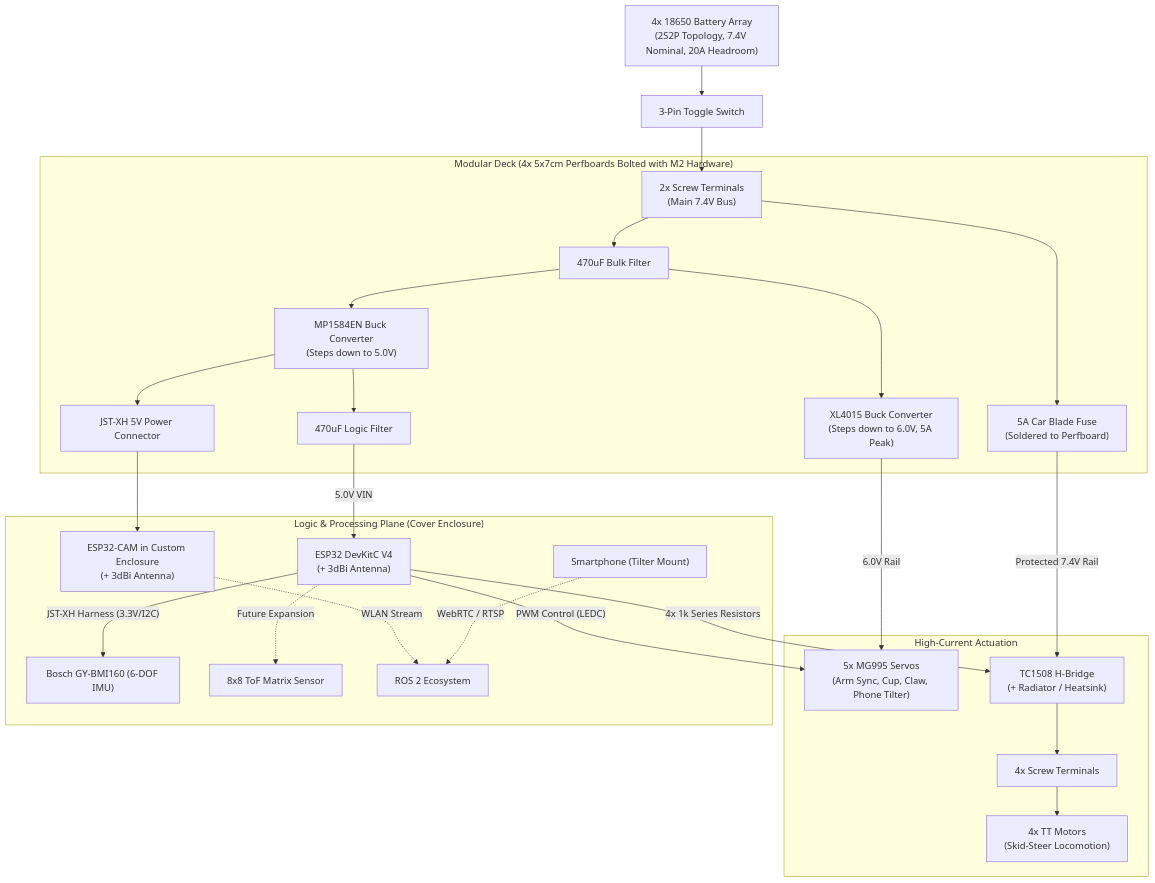
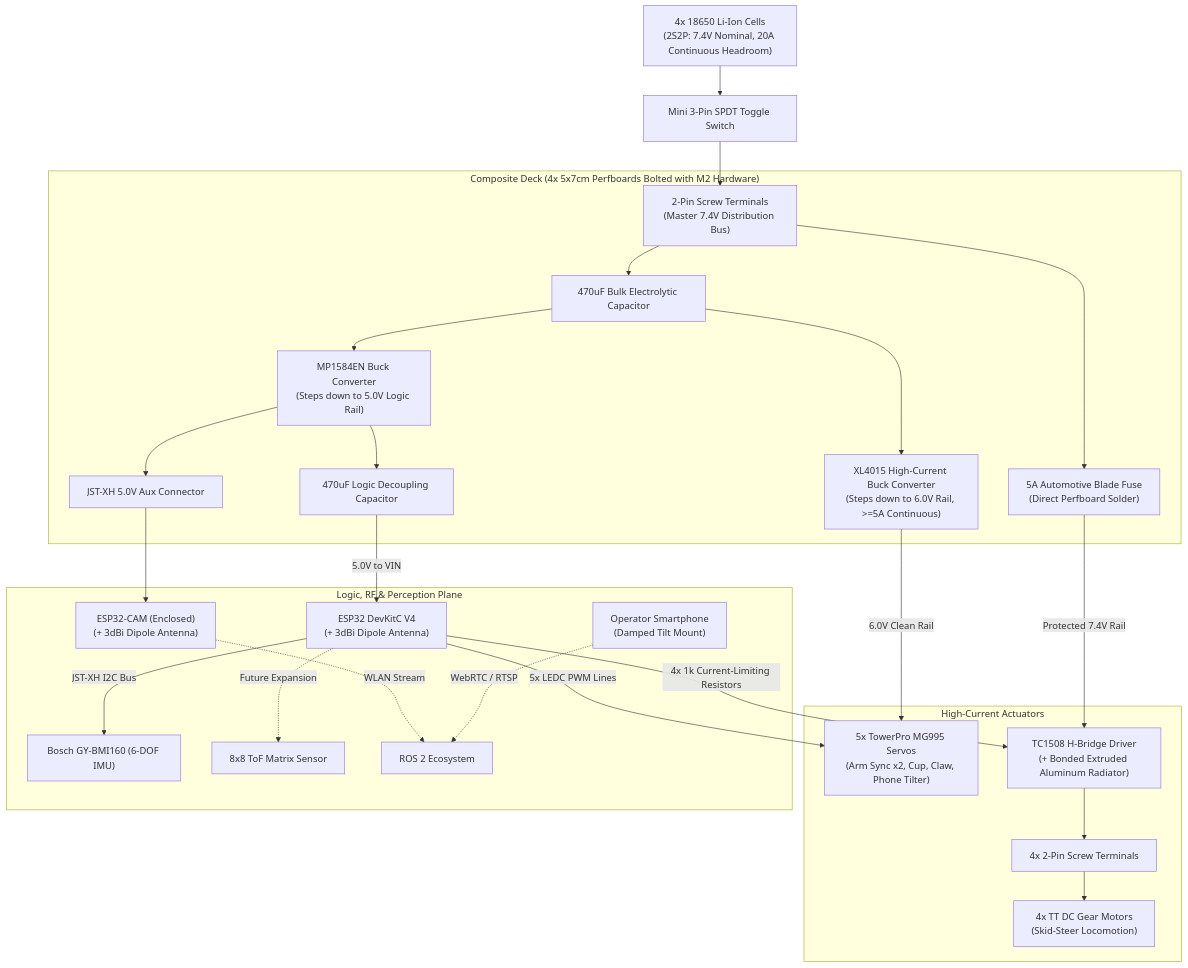
Before and after one commit to Mihaii2/claw_bulldozer_ws: the diagram in README.md, drawn with Mermaid. The commit also changed other lines of this file and 12 other files, not shown here.

````diff
--- a/README.md
+++ b/README.md
@@ -179,32 +314,32 @@
 ```mermaid
 graph TD
-    Batt["4x 18650 Battery Array<br/>(2S2P Topology, 7.4V Nominal, 20A Headroom)"] --> Switch["3-Pin Toggle Switch"]
-    Switch --> ScrewBatt["2x Screw Terminals<br/>(Main 7.4V Bus)"]
+    Batt["4x 18650 Li-Ion Cells<br/>(2S2P: 7.4V Nominal, 20A Continuous Headroom)"] --> Switch["Mini 3-Pin SPDT Toggle Switch"]
+    Switch --> ScrewBatt["2-Pin Screw Terminals<br/>(Master 7.4V Distribution Bus)"]
     
-    subgraph PowerDistribution["Modular Deck (4x 5x7cm Perfboards Bolted with M2 Hardware)"]
-        ScrewBatt --> Cap1["470uF Bulk Filter"]
-        Cap1 --> XL4015["XL4015 Buck Converter<br/>(Steps down to 6.0V, 5A Peak)"]
-        Cap1 --> MP1584["MP1584EN Buck Converter<br/>(Steps down to 5.0V)"]
-        ScrewBatt --> Fuse["5A Car Blade Fuse<br/>(Soldered to Perfboard)"]
-        MP1584 --> Cap2["470uF Logic Filter"]
-        MP1584 --> JST_Cam["JST-XH 5V Power Connector"]
+    subgraph MotherboardSubstrate["Composite Deck (4x 5x7cm Perfboards Bolted with M2 Hardware)"]
+        ScrewBatt --> Cap1["470uF Bulk Electrolytic Capacitor"]
+        Cap1 --> XL4015["XL4015 High-Current Buck Converter<br/>(Steps down to 6.0V Rail, >=5A Continuous)"]
+        Cap1 --> MP1584["MP1584EN Buck Converter<br/>(Steps down to 5.0V Logic Rail)"]
+        ScrewBatt --> Fuse["5A Automotive Blade Fuse<br/>(Direct Perfboard Solder)"]
+        MP1584 --> Cap2["470uF Logic Decoupling Capacitor"]
+        MP1584 --> JST_Cam["JST-XH 5.0V Aux Connector"]
     end
 
-    subgraph Actuators["High-Current Actuation"]
-        XL4015 -->|"6.0V Rail"| Servos["5x MG995 Servos<br/>(Arm Sync, Cup, Claw, Phone Tilter)"]
-        Fuse -->|"Protected 7.4V Rail"| TC1508["TC1508 H-Bridge<br/>(+ Radiator / Heatsink)"]
-        TC1508 --> ScrewMotors["4x Screw Terminals"]
-        ScrewMotors --> TT_Motors["4x TT Motors<br/>(Skid-Steer Locomotion)"]
+    subgraph HighCurrentActuation["High-Current Actuators"]
+        XL4015 -->|"6.0V Clean Rail"| Servos["5x TowerPro MG995 Servos<br/>(Arm Sync x2, Cup, Claw, Phone Tilter)"]
+        Fuse -->|"Protected 7.4V Rail"| TC1508["TC1508 H-Bridge Driver<br/>(+ Bonded Extruded Aluminum Radiator)"]
+        TC1508 --> ScrewMotors["4x 2-Pin Screw Terminals"]
+        ScrewMotors --> TT_Motors["4x TT DC Gear Motors<br/>(Skid-Steer Locomotion)"]
     end
 
-    subgraph LogicAndSensors["Logic & Processing Plane (Cover Enclosure)"]
-        Cap2 -->|"5.0V VIN"| ESP32["ESP32 DevKitC V4<br/>(+ 3dBi Antenna)"]
-        ESP32 -->|"JST-XH Harness (3.3V/I2C)"| BMI160["Bosch GY-BMI160 (6-DOF IMU)"]
-        ESP32 -->|"PWM Control (LEDC)"| Servos
-        ESP32 -->|"4x 1k Series Resistors"| TC1508
+    subgraph LogicAndSensors["Logic, RF & Perception Plane"]
+        Cap2 -->|"5.0V to VIN"| ESP32["ESP32 DevKitC V4<br/>(+ 3dBi Dipole Antenna)"]
+        ESP32 -->|"JST-XH I2C Bus"| BMI160["Bosch GY-BMI160 (6-DOF IMU)"]
+        ESP32 -->|"5x LEDC PWM Lines"| Servos
+        ESP32 -->|"4x 1k Current-Limiting Resistors"| TC1508
         ESP32 -.->|"Future Expansion"| ToF["8x8 ToF Matrix Sensor"]
-        JST_Cam --> ESP32Cam["ESP32-CAM in Custom Enclosure<br/>(+ 3dBi Antenna)"]
+        JST_Cam --> ESP32Cam["ESP32-CAM (Enclosed)<br/>(+ 3dBi Dipole Antenna)"]
         ESP32Cam -.->|"WLAN Stream"| ROS2["ROS 2 Ecosystem"]
-        Phone["Smartphone (Tilter Mount)"] -.->|"WebRTC / RTSP"| ROS2
+        Phone["Operator Smartphone<br/>(Damped Tilt Mount)"] -.->|"WebRTC / RTSP"| ROS2
     end
 ```
````
